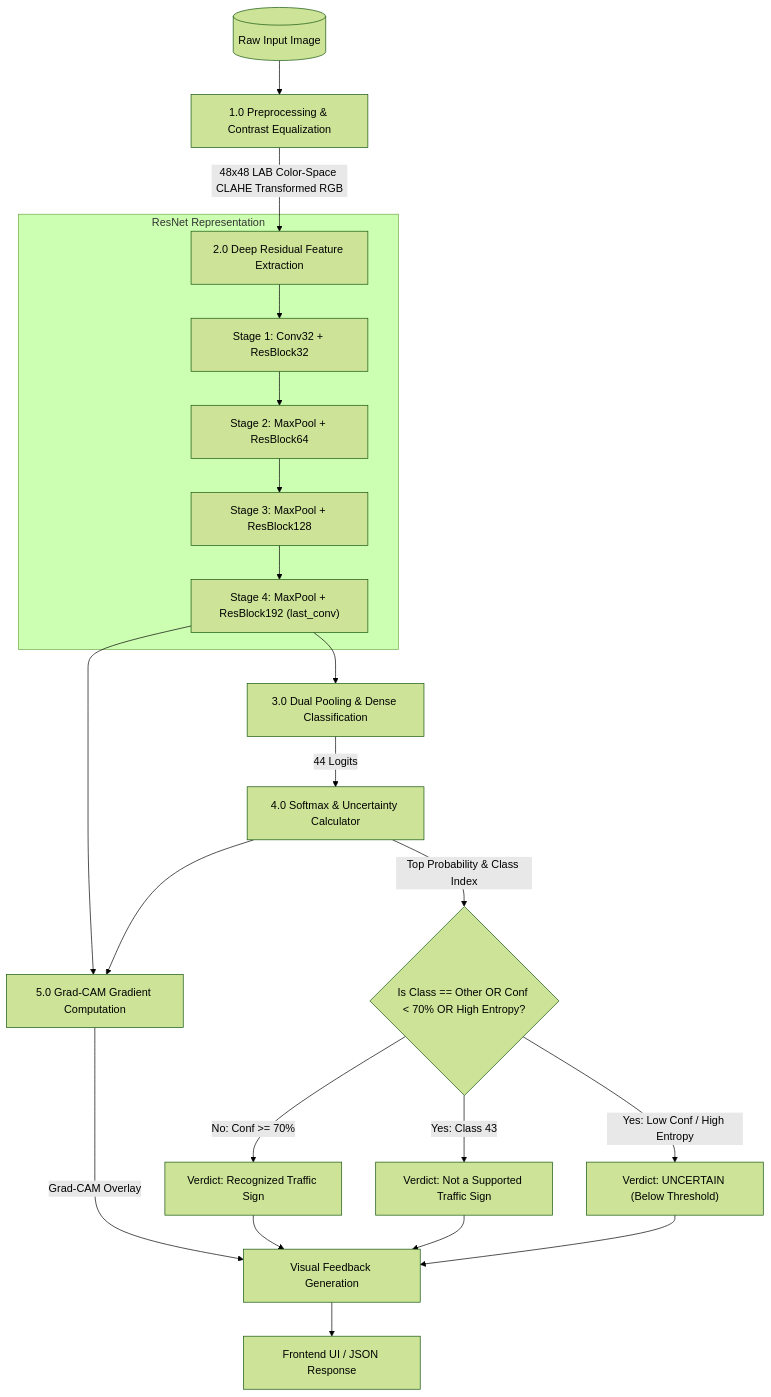
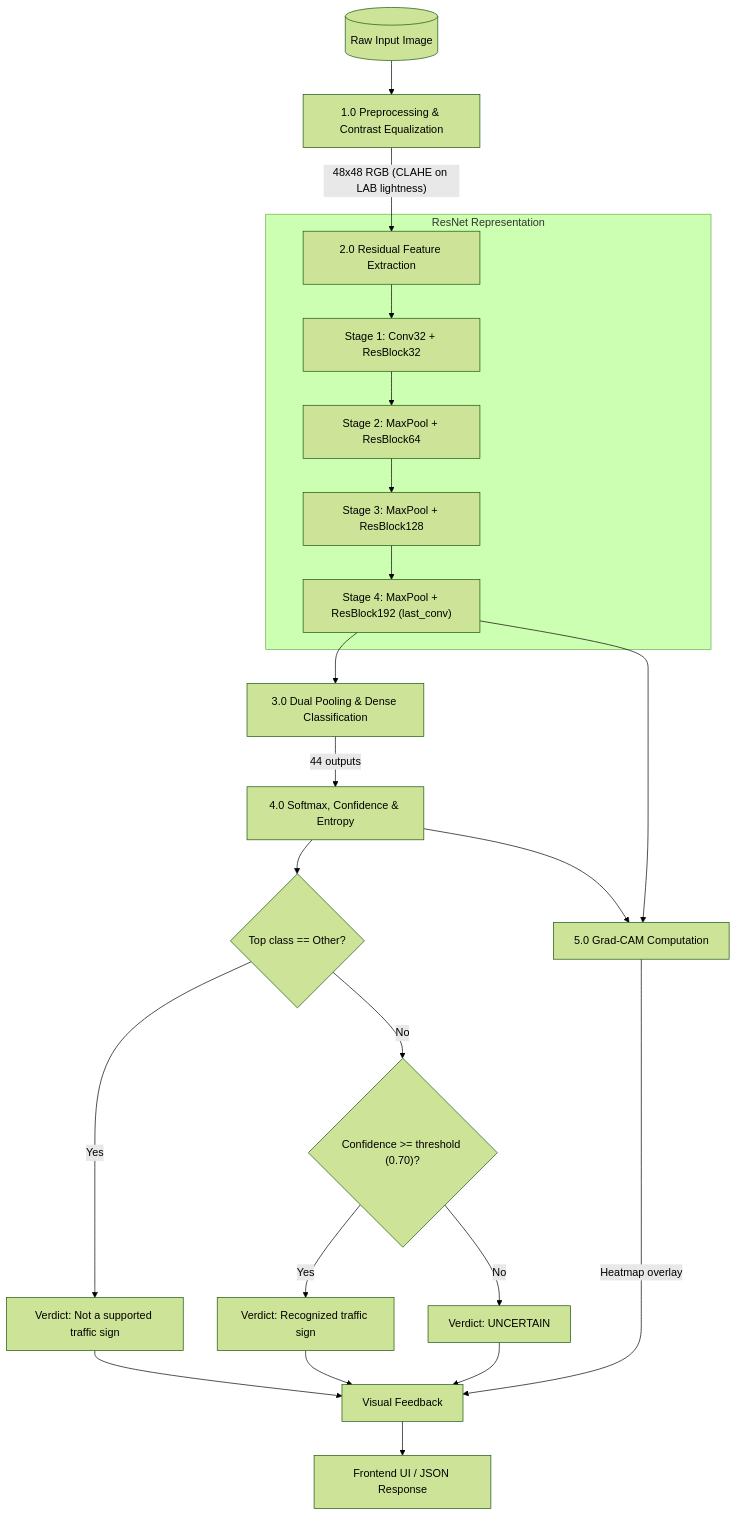
One commit to Alokzhan/traffic-sign changed the third of 3 diagrams in README.md. Above: the diagram before and after it, drawn with Mermaid (forest theme). The commit also changed other lines of this file, not shown here.

````diff
--- a/README.md
+++ b/README.md
@@ -108,28 +122,29 @@
 ```mermaid
 flowchart TD
     RawImg[("Raw Input Image")] --> P1["1.0 Preprocessing & Contrast Equalization"]
-    P1 -->|"48x48 LAB Color-Space CLAHE Transformed RGB"| P2["2.0 Deep Residual Feature Extraction"]
-    
+    P1 -->|"48x48 RGB (CLAHE on LAB lightness)"| P2["2.0 Residual Feature Extraction"]
+
     subgraph Feature_Extraction ["ResNet Representation"]
         P2 --> P2A["Stage 1: Conv32 + ResBlock32"]
         P2A --> P2B["Stage 2: MaxPool + ResBlock64"]
         P2B --> P2C["Stage 3: MaxPool + ResBlock128"]
         P2C --> P2D["Stage 4: MaxPool + ResBlock192 (last_conv)"]
     end
 
     P2D --> P3["3.0 Dual Pooling & Dense Classification"]
-    P3 -->|"44 Logits"| P4["4.0 Softmax & Uncertainty Calculator"]
-    
-    P4 -->|"Top Probability & Class Index"| Decision{"Is Class == Other OR Conf < 70% OR High Entropy?"}
-    Decision -->|"Yes: Class 43"| Rejection["Verdict: Not a Supported Traffic Sign"]
-    Decision -->|"Yes: Low Conf / High Entropy"| Uncertain["Verdict: UNCERTAIN (Below Threshold)"]
-    Decision -->|"No: Conf >= 70%"| Accepted["Verdict: Recognized Traffic Sign"]
+    P3 -->|"44 outputs"| P4["4.0 Softmax, Confidence & Entropy"]
 
-    P2D --> P5["5.0 Grad-CAM Gradient Computation"]
+    P4 --> Decision1{"Top class == Other?"}
+    Decision1 -->|"Yes"| Rejection["Verdict: Not a supported traffic sign"]
+    Decision1 -->|"No"| Decision2{"Confidence >= threshold (0.70)?"}
+    Decision2 -->|"Yes"| Accepted["Verdict: Recognized traffic sign"]
+    Decision2 -->|"No"| Uncertain["Verdict: UNCERTAIN"]
+
+    P2D --> P5["5.0 Grad-CAM Computation"]
     P4 --> P5
-    P5 -->|"Grad-CAM Overlay"| Visuals["Visual Feedback Generation"]
+    P5 -->|"Heatmap overlay"| Visuals["Visual Feedback"]
     Accepted --> Visuals
     Rejection --> Visuals
     Uncertain --> Visuals
     Visuals --> ClientApp["Frontend UI / JSON Response"]
 ```
````
